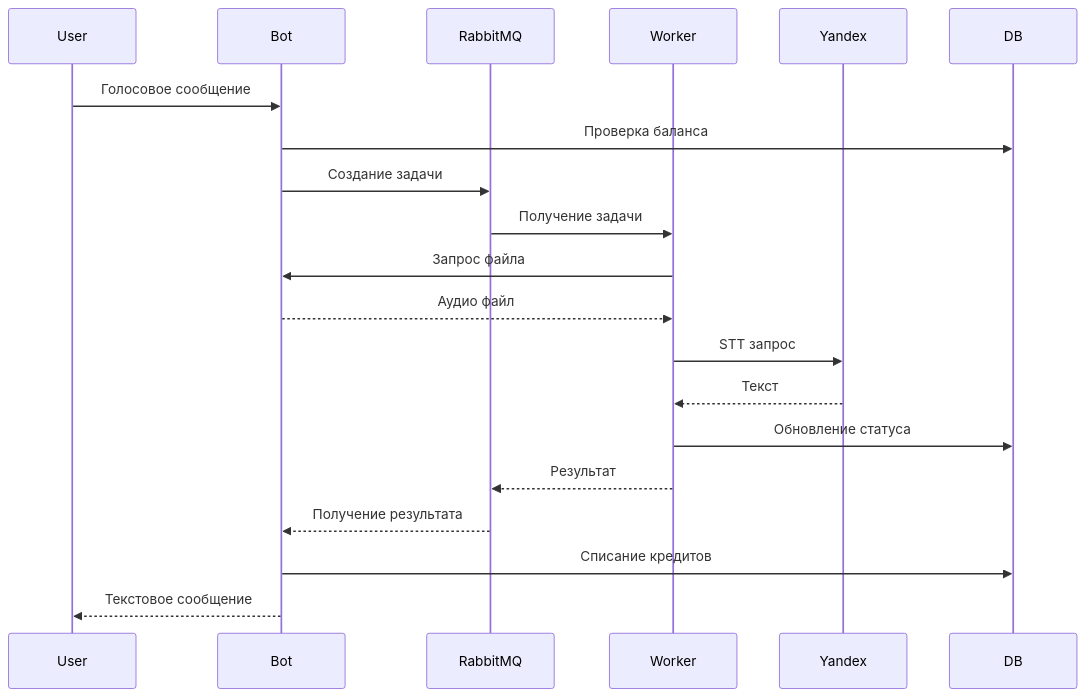
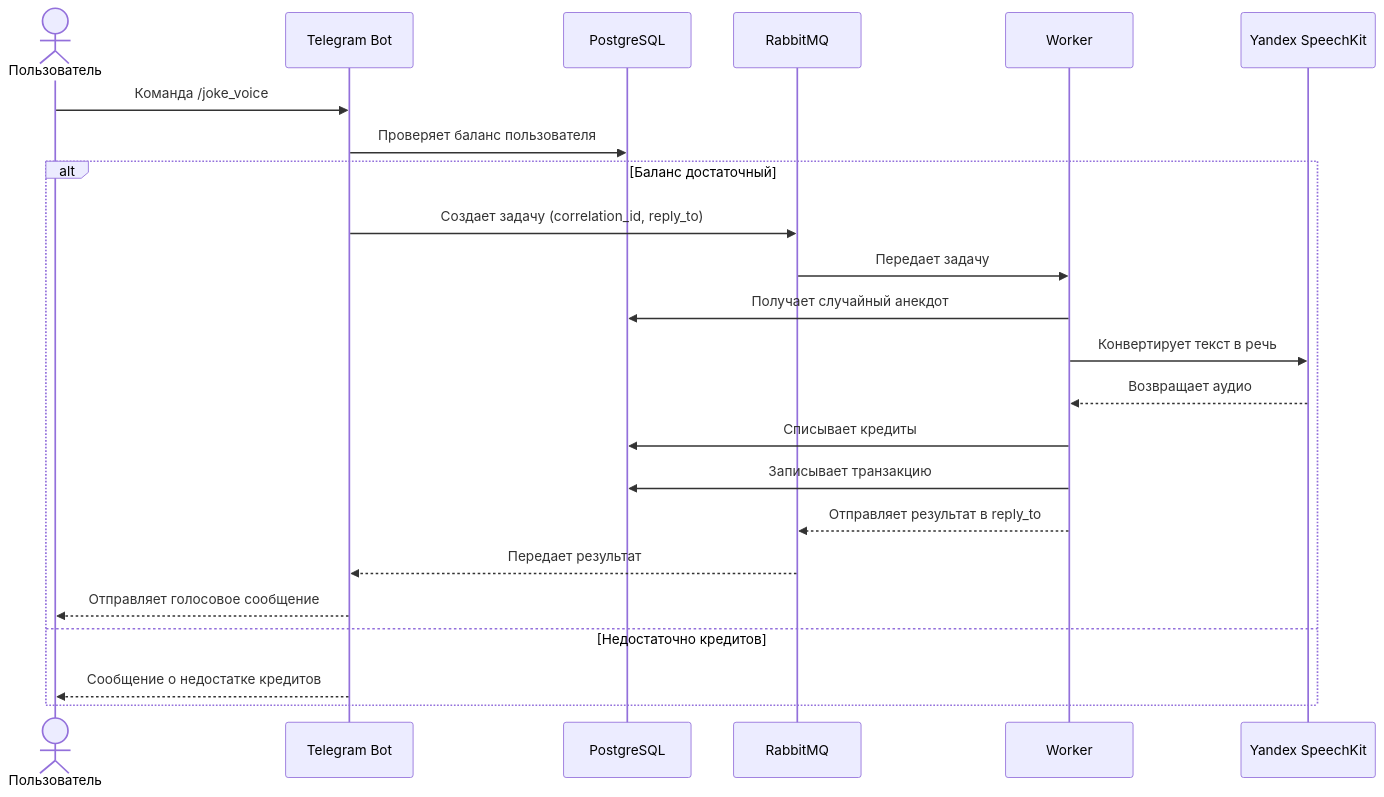
The fourth of 6 diagrams in DETAILS.md (naumtsevalex/python_ml_billing_service), drawn with Mermaid before and after one commit. The commit also changed other lines of this file and 2 other files, not shown here.

Commit message:
refactor: Причесал /start + /help | Финальный короткий README.md и подробный с схемами DETAILS.md

````diff
--- a/DETAILS.md
+++ b/DETAILS.md
@@ -111,23 +300,26 @@
 ```mermaid
 sequenceDiagram
-    participant User
-    participant Bot
-    participant RabbitMQ
-    participant Worker
-    participant Yandex
-    participant DB
+    actor User as Пользователь
+    participant Bot as Telegram Bot
+    participant DB as PostgreSQL
+    participant RabbitMQ as RabbitMQ
+    participant Worker as Worker
+    participant TTS as Yandex SpeechKit
 
-    User->>Bot: Голосовое сообщение
-    Bot->>DB: Проверка баланса
-    Bot->>RabbitMQ: Создание задачи
-    RabbitMQ->>Worker: Получение задачи
-    Worker->>Bot: Запрос файла
-    Bot-->>Worker: Аудио файл
-    Worker->>Yandex: STT запрос
-    Yandex-->>Worker: Текст
-    Worker->>DB: Обновление статуса
-    Worker-->>RabbitMQ: Результат
-    RabbitMQ-->>Bot: Получение результата
-    Bot->>DB: Списание кредитов
-    Bot-->>User: Текстовое сообщение
+    User->>Bot: Команда /joke_voice
+    Bot->>DB: Проверяет баланс пользователя
+    alt Баланс достаточный
+        Bot->>RabbitMQ: Создает задачу (correlation_id, reply_to)
+        RabbitMQ->>Worker: Передает задачу
+        Worker->>DB: Получает случайный анекдот
+        Worker->>TTS: Конвертирует текст в речь
+        TTS-->>Worker: Возвращает аудио
+        Worker->>DB: Списывает кредиты
+        Worker->>DB: Записывает транзакцию
+        Worker-->>RabbitMQ: Отправляет результат в reply_to
+        RabbitMQ-->>Bot: Передает результат
+        Bot-->>User: Отправляет голосовое сообщение
+    else Недостаточно кредитов
+        Bot-->>User: Сообщение о недостатке кредитов
+    end
 ```
````
